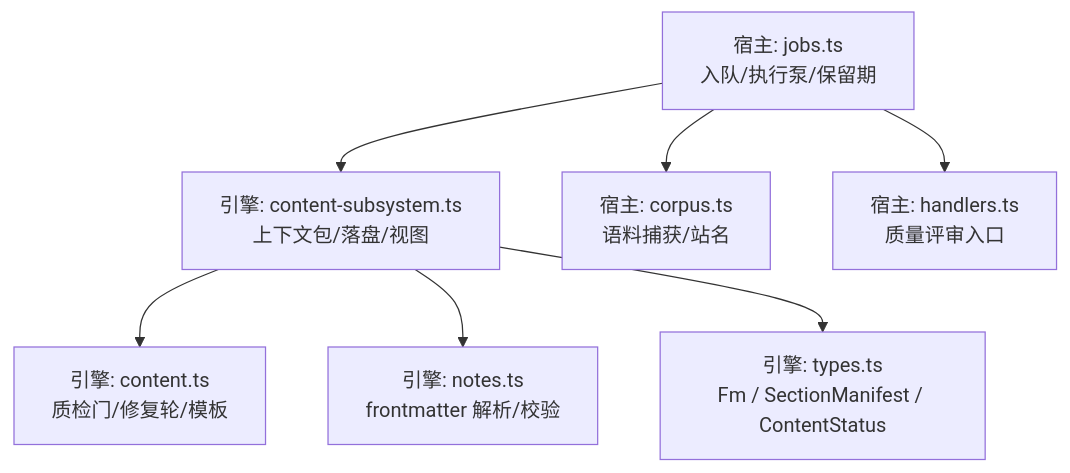
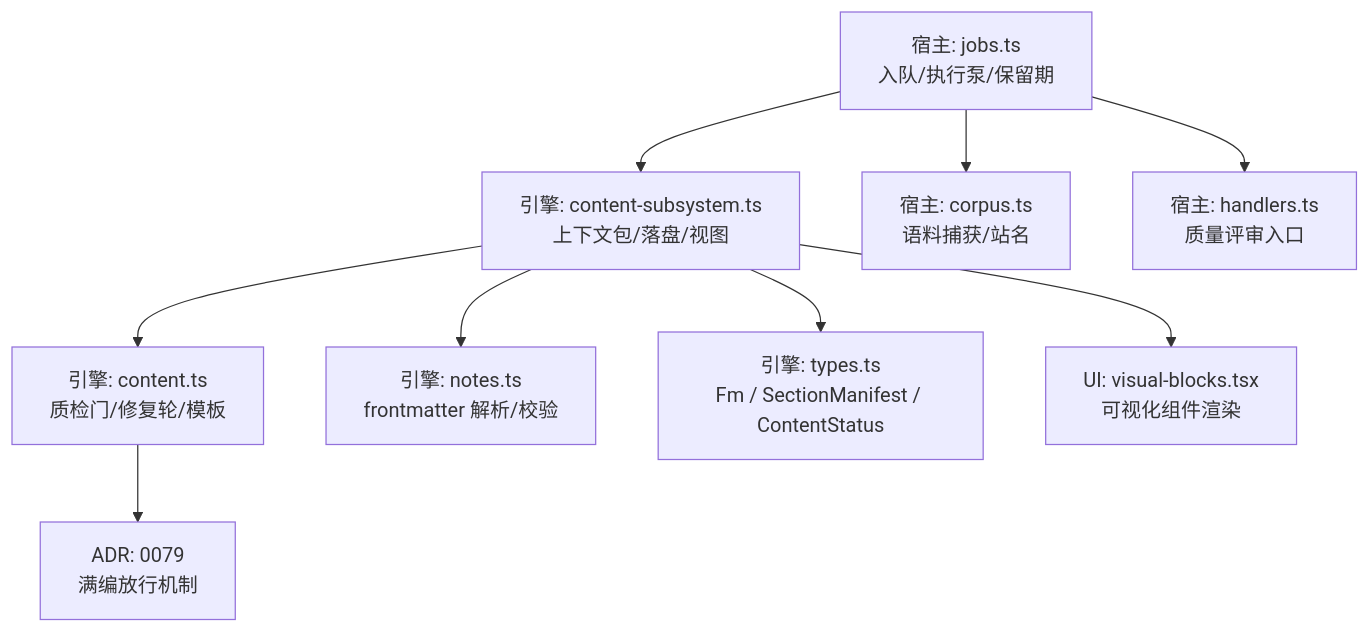
Before and after one commit to maozhijie/learnhub-plugin: the first of 10 diagrams in .qoder/repowiki/zh/content/架构设计/数据流设计/内容数据流/内容数据流.md, drawn with Mermaid. The commit also changed other lines of this file and 8 other files, not shown here.

````diff
--- a/.qoder/repowiki/zh/content/架构设计/数据流设计/内容数据流/内容数据流.md
+++ b/.qoder/repowiki/zh/content/架构设计/数据流设计/内容数据流/内容数据流.md
@@ -44,9 +57,11 @@
 ```mermaid
 graph TB
 A["宿主: jobs.ts<br/>入队/执行泵/保留期"] --> B["引擎: content-subsystem.ts<br/>上下文包/落盘/视图"]
 B --> C["引擎: content.ts<br/>质检门/修复轮/模板"]
 B --> D["引擎: notes.ts<br/>frontmatter 解析/校验"]
 B --> E["引擎: types.ts<br/>Fm / SectionManifest / ContentStatus"]
 A --> F["宿主: corpus.ts<br/>语料捕获/站名"]
 A --> G["宿主: handlers.ts<br/>质量评审入口"]
+B --> H["UI: visual-blocks.tsx<br/>可视化组件渲染"]
+C --> I["ADR: 0079<br/>满编放行机制"]
 ```
````
